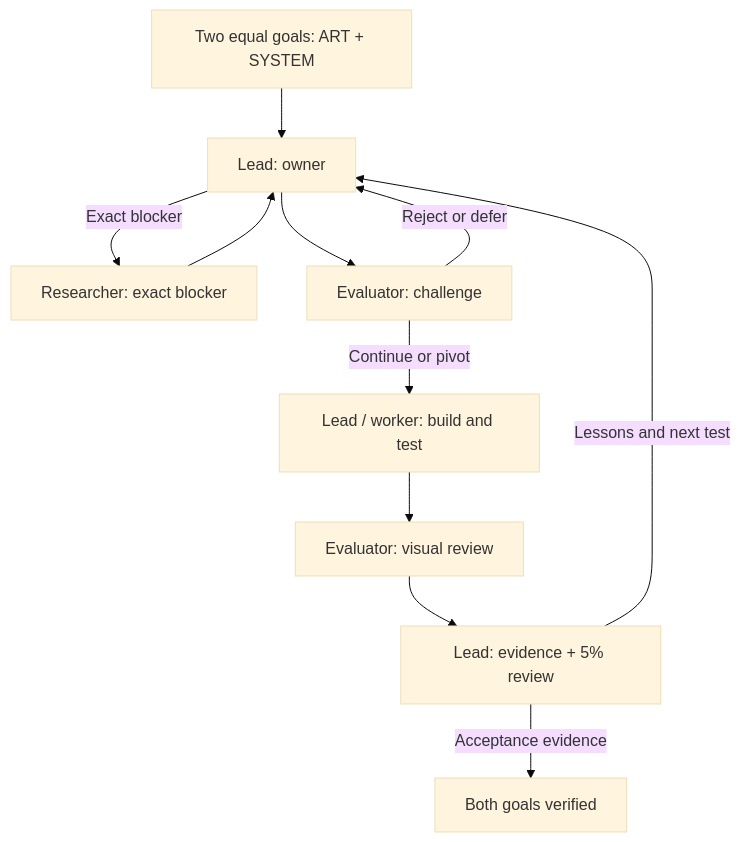
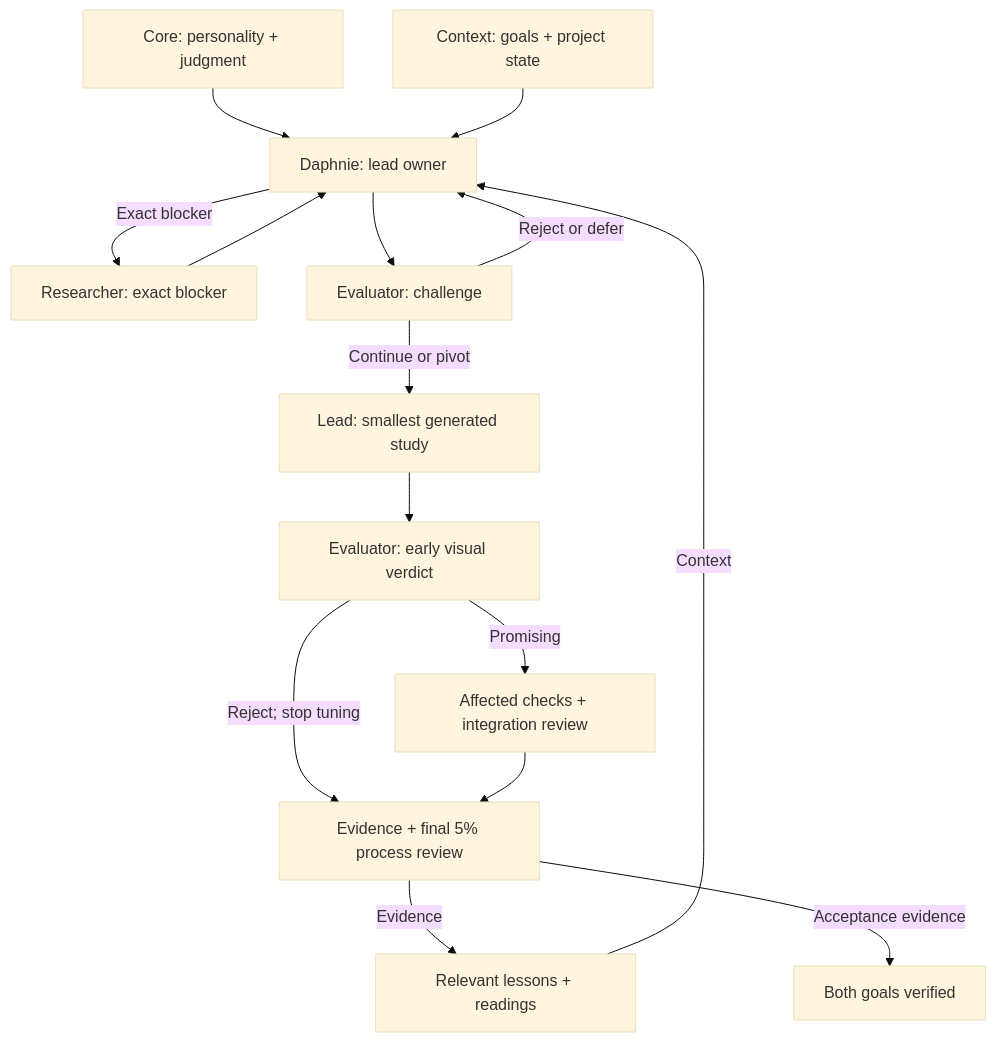
Before and after one commit to akaiyol/the-great-wave-of-kanagawa: the diagram in README.md, drawn with Mermaid (base theme). The commit also changed other lines of this file and 145 other files, not shown here.

````diff
--- a/README.md
+++ b/README.md
@@ -18,21 +18,28 @@
 ```mermaid
 flowchart TD
-  n_Goals["Two equal goals: ART + SYSTEM"]
-  n_Lead["Lead: owner"]
+  n_Core["Core: personality + judgment"]
+  n_Goals["Context: goals + project state"]
+  n_Lead["Daphnie: lead owner"]
   n_Research["Researcher: exact blocker"]
   n_Strategy["Evaluator: challenge"]
-  n_Build["Lead / worker: build and test"]
-  n_Visual["Evaluator: visual review"]
-  n_Process["Lead: evidence + 5% review"]
+  n_Build["Lead: smallest generated study"]
+  n_Visual["Evaluator: early visual verdict"]
+  n_Process["Evidence + final 5% process review"]
+  n_Integrity["Affected checks + integration review"]
   n_Result["Both goals verified"]
+  n_Learning["Relevant lessons + readings"]
+  n_Core --> n_Lead
   n_Goals --> n_Lead
   n_Lead -->|"Exact blocker"| n_Research
   n_Research --> n_Lead
   n_Lead --> n_Strategy
   n_Strategy -->|"Continue or pivot"| n_Build
   n_Strategy -->|"Reject or defer"| n_Lead
   n_Build --> n_Visual
-  n_Visual --> n_Process
-  n_Process -->|"Lessons and next test"| n_Lead
+  n_Process -->|"Evidence"| n_Learning
   n_Process -->|"Acceptance evidence"| n_Result
+  n_Learning -->|"Context"| n_Lead
+  n_Visual -->|"Promising"| n_Integrity
+  n_Visual -->|"Reject; stop tuning"| n_Process
+  n_Integrity --> n_Process
 ```
````
